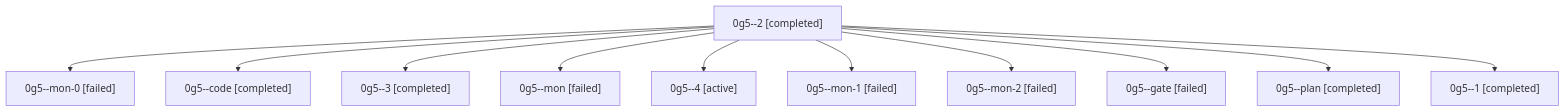
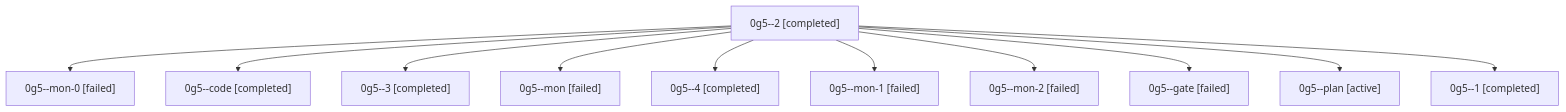
The diagram in families/bbugyi200.athena.0g5.md (sase-org/sase--agents), drawn with Mermaid before and after one commit. The commit also changed other lines of this file and 35830 other files, not shown here.

````diff
--- a/families/bbugyi200.athena.0g5.md
+++ b/families/bbugyi200.athena.0g5.md
@@ -9,24 +9,24 @@
 ```mermaid
 flowchart TD
   n0["0g5--2 [completed]"]
   n1["0g5--mon-0 [failed]"]
   n0 --> n1
   n2["0g5--code [completed]"]
   n0 --> n2
   n3["0g5--3 [completed]"]
   n0 --> n3
   n4["0g5--mon [failed]"]
   n0 --> n4
-  n5["0g5--4 [active]"]
+  n5["0g5--4 [completed]"]
   n0 --> n5
   n6["0g5--mon-1 [failed]"]
   n0 --> n6
   n7["0g5--mon-2 [failed]"]
   n0 --> n7
   n8["0g5--gate [failed]"]
   n0 --> n8
-  n9["0g5--plan [completed]"]
+  n9["0g5--plan [active]"]
   n0 --> n9
   n10["0g5--1 [completed]"]
   n0 --> n10
 ```
````
